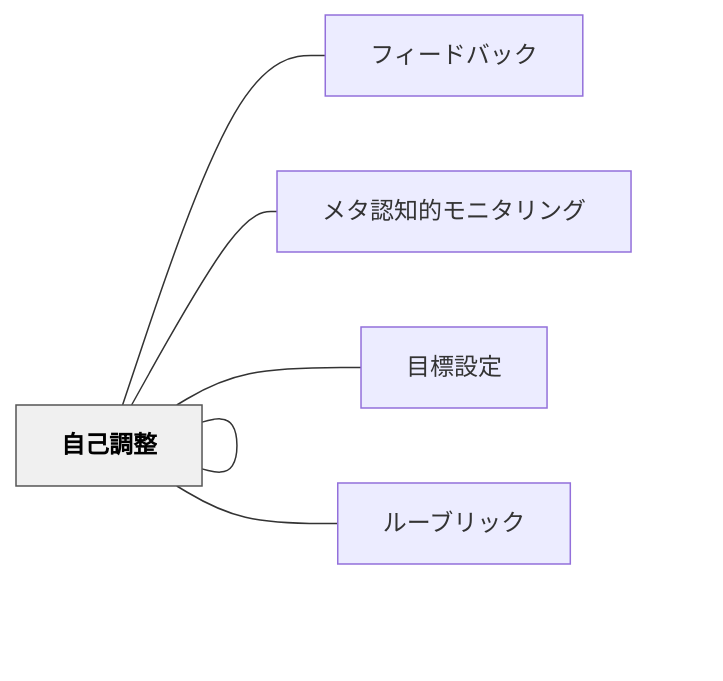
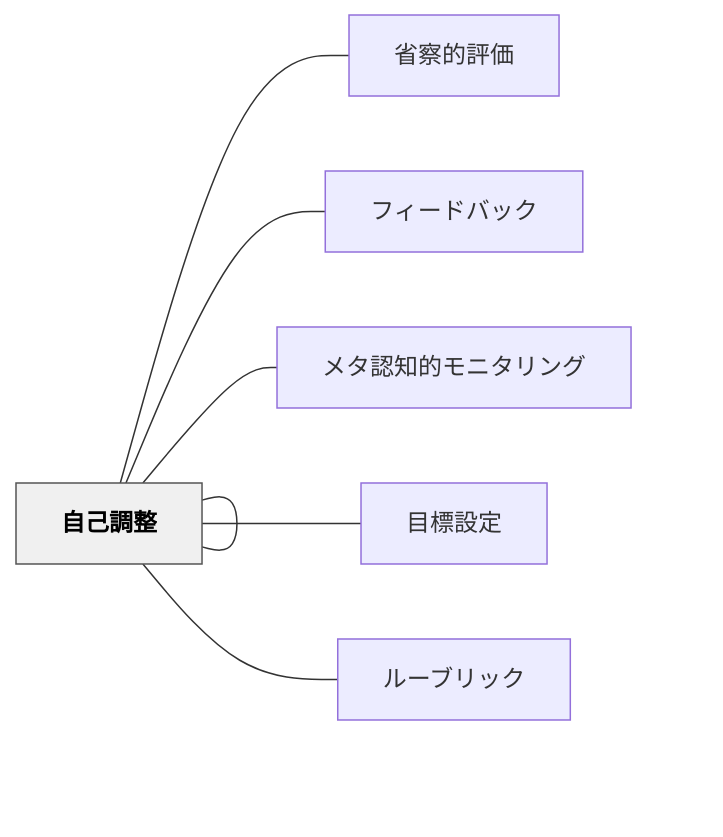
Before and after one commit to unknownthings-ed-patterns/unknownthings-ed-patterns: the diagram in content/パタン/自己内フィードバック.md, drawn with Mermaid. The commit also changed other lines of this file and 473 other files, not shown here.

````diff
--- a/content/パタン/自己内フィードバック.md
+++ b/content/パタン/自己内フィードバック.md
@@ -62,18 +63,20 @@
 ```mermaid
 flowchart LR
     ne887aae5b7b1["自己内フィードバック"]
+    ne79c81e5af9f["省察的評価"]
     ne38395e382a3["フィードバック"]
     ne887aae5b7b1["自己調整"]
     ne383a1e382bf["メタ認知的モニタリング"]
     ne79baee6a899["目標設定"]
     ne383abe383bc["ルーブリック"]
 
+    ne887aae5b7b1 --- ne79c81e5af9f
     ne887aae5b7b1 --- ne38395e382a3
     ne887aae5b7b1 --- ne887aae5b7b1
     ne887aae5b7b1 --- ne383a1e382bf
     ne887aae5b7b1 --- ne79baee6a899
     ne887aae5b7b1 --- ne383abe383bc
 
     classDef hub fill:#f0f0f0,stroke:#555,color:#000,font-weight:bold
     class ne887aae5b7b1 hub
 ```
````
